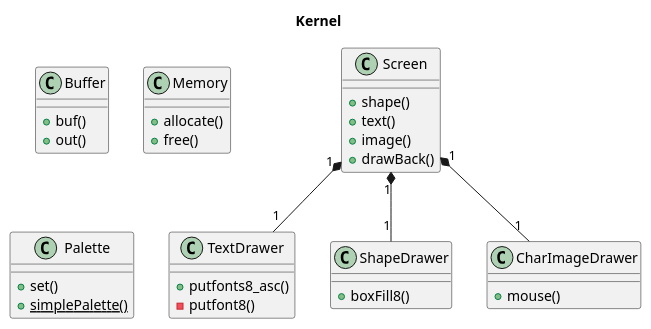
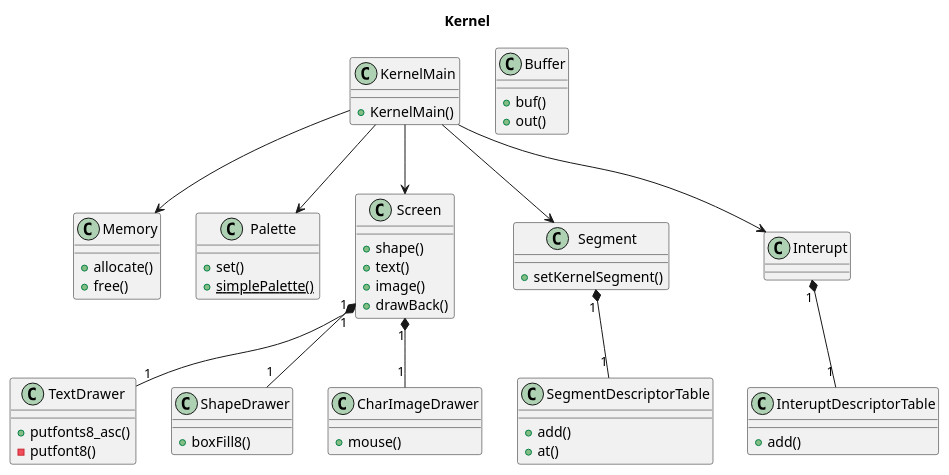
The diagram in doc/diagrams/src/overview.wsd (takowasaby/kaOS), drawn with PlantUML before and after one commit. The commit also changed 10 other files, not shown here.

```diff
--- a/doc/diagrams/src/overview.wsd
+++ b/doc/diagrams/src/overview.wsd
@@ -1,44 +1,71 @@
 @startuml
 
 title Kernel
+
+class KernelMain {
+    +KernelMain()
+}
 
 class Buffer {
     +buf()
     +out()
 }
 
 class Memory {
     +allocate()
     +free()
 }
 
 class Palette {
     +set()
     {static}+simplePalette()
 }
 
 class Screen {
     +shape()
     +text()
     +image()
     +drawBack()
 }
 
 class TextDrawer {
     +putfonts8_asc()
     -putfont8()
 }
 
 class ShapeDrawer {
     +boxFill8()
 }
 
 class CharImageDrawer {
     +mouse()
 }
 
+class Segment {
+    +setKernelSegment()
+}
+
+class SegmentDescriptorTable {
+    +add()
+    +at()
+}
+
+class Interupt {
+}
+
+class InteruptDescriptorTable {
+    +add()
+}
+
+KernelMain --> Screen
+KernelMain --> Memory
+KernelMain --> Palette
+KernelMain --> Segment
+KernelMain --> Interupt
 Screen "1" *-- "1" TextDrawer
 Screen "1" *-- "1" ShapeDrawer
 Screen "1" *-- "1" CharImageDrawer
+Segment "1" *-- "1" SegmentDescriptorTable
+Interupt "1" *-- "1" InteruptDescriptorTable
 
 @enduml
```
